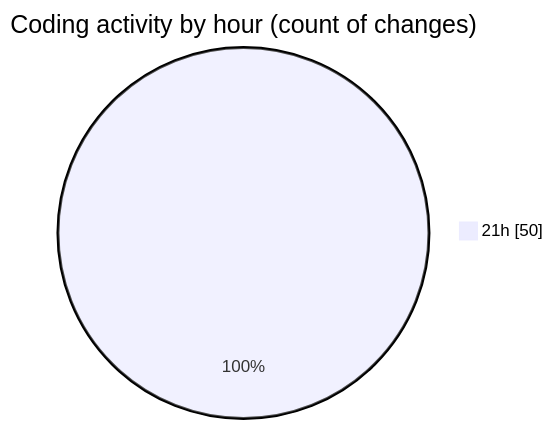
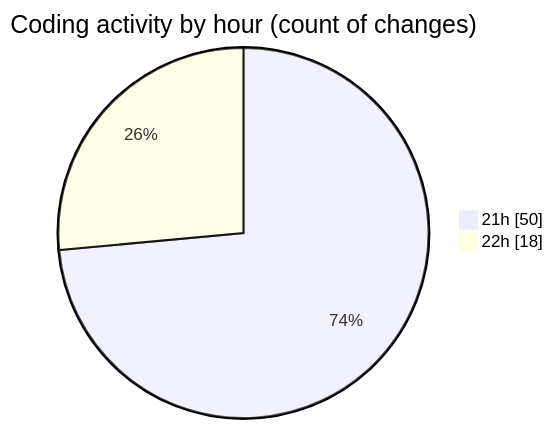
One commit to lephambinh05/code-tracking changed the second of 2 diagrams in 2025-07-22/nhahang/README.md. Above: the diagram before and after it, drawn with Mermaid. The commit also changed other lines of this file and 1 other file, not shown here.

````diff
--- a/2025-07-22/nhahang/README.md
+++ b/2025-07-22/nhahang/README.md
@@ -53,5 +62,6 @@
 ```mermaid
 pie showData
 title Coding activity by hour (count of changes)
 "21h" : 50
+"22h" : 18
 ```
````
